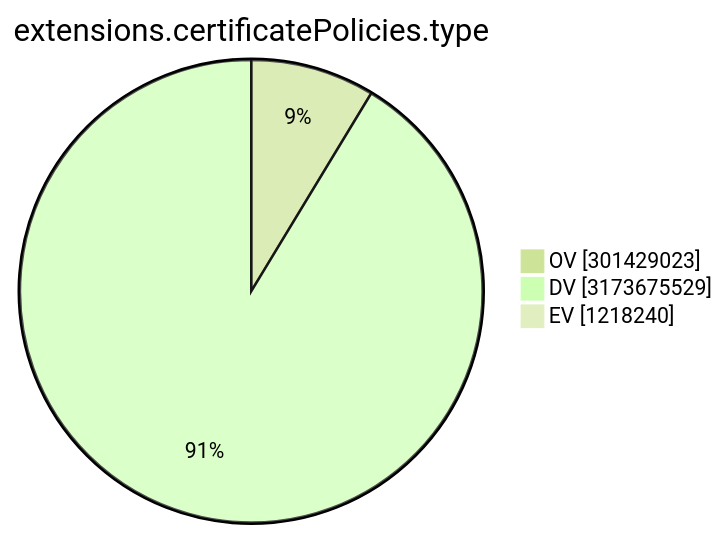
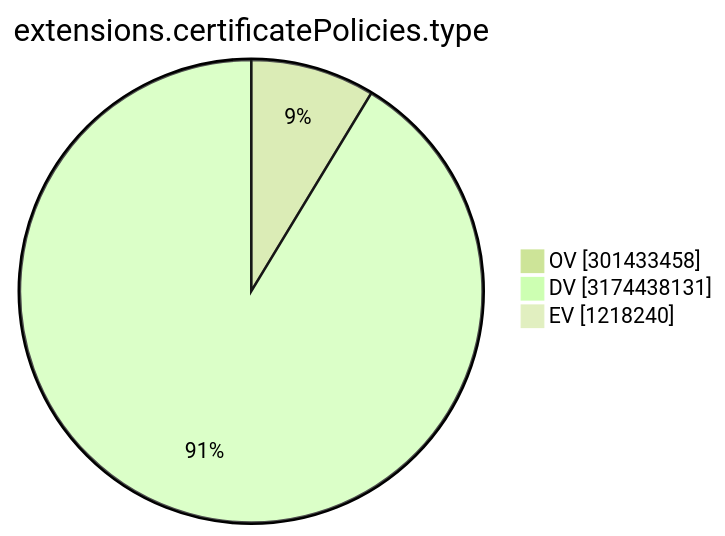
Before and after one commit to christiankrug/ctmonitor_visualization: the ninth of 15 diagrams in TOTAL/README.md, drawn with Mermaid (forest theme). The commit also changed other lines of this file, not shown here.

````diff
--- a/TOTAL/README.md
+++ b/TOTAL/README.md
@@ -3105,7 +3105,7 @@
 ```mermaid
 pie showData
 title extensions.certificatePolicies.type
-"OV" :301429023
-"DV" :3173675529
+"OV" :301433458
+"DV" :3174438131
 "EV" :1218240
 ```
````
